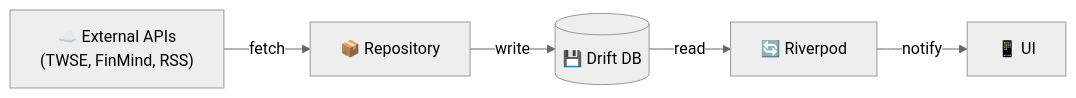
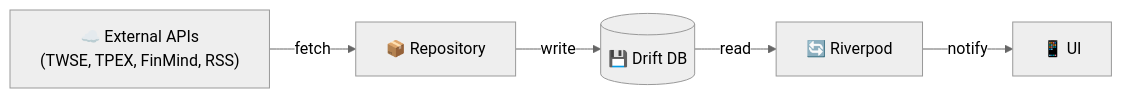
The third of 6 diagrams in CLAUDE.md (Neal75418/afterclose), drawn with Mermaid (neutral theme) before and after one commit. The commit also changed other lines of this file and 2 other files, not shown here.

````diff
--- a/CLAUDE.md
+++ b/CLAUDE.md
@@ -84,13 +84,13 @@
 ```mermaid
 flowchart LR
-    API["☁️ External APIs<br/>(TWSE, FinMind, RSS)"]
+    API["☁️ External APIs<br/>(TWSE, TPEX, FinMind, RSS)"]
     Repo["📦 Repository"]
     DB[("💾 Drift DB")]
     Provider["🔄 Riverpod"]
     UI["📱 UI"]
 
     API -->|fetch| Repo
     Repo -->|write| DB
     DB -->|read| Provider
     Provider -->|notify| UI
 ```
````
